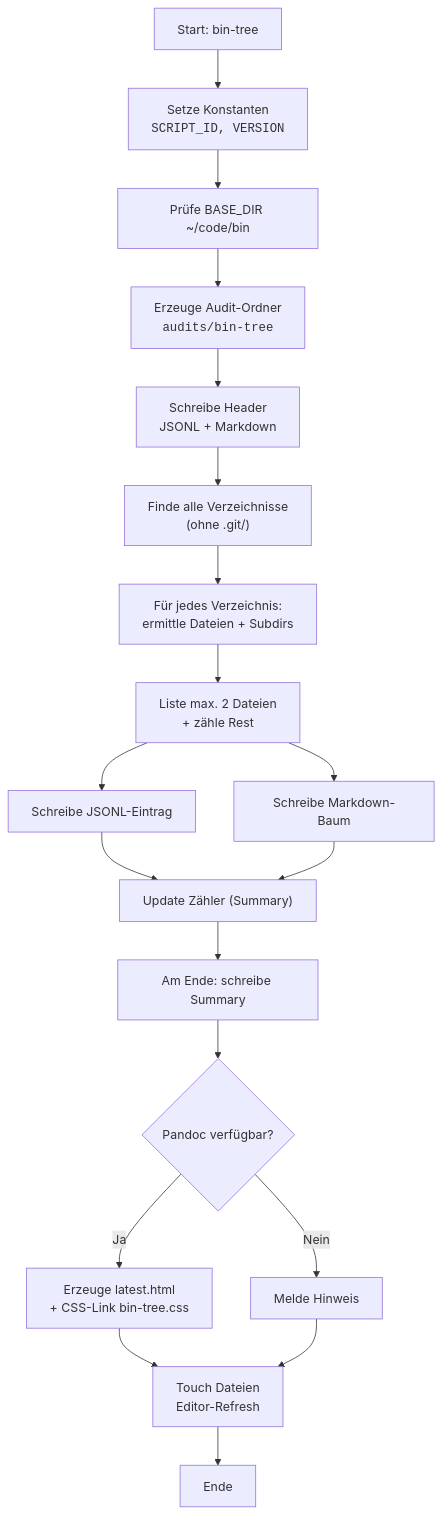
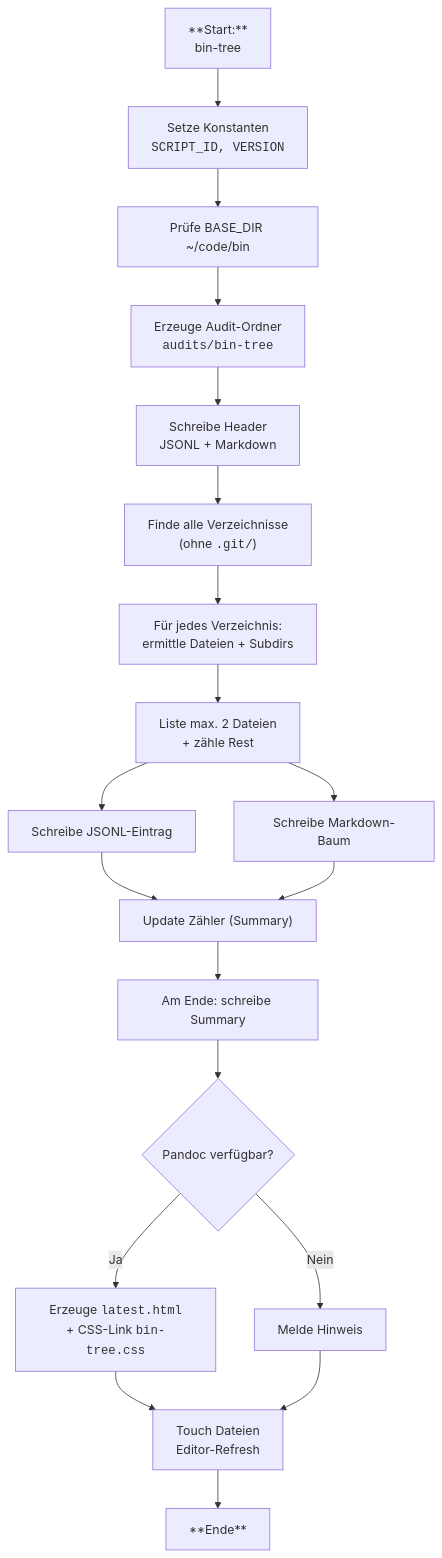
One commit to gunreip/bin changed the diagram in shellscripts/wiki/bin-tree.md. Above: the diagram before and after it, drawn with Mermaid. The commit also changed other lines of this file and 194 other files, not shown here.

````diff
--- a/shellscripts/wiki/bin-tree.md
+++ b/shellscripts/wiki/bin-tree.md
@@ -139,21 +135,21 @@
 ```mermaid
 flowchart TD
-  A["Start: bin-tree"] --> B["Setze Konstanten<br/><tt>SCRIPT_ID, VERSION</tt>"]
+  A["**Start:**<br/>bin-tree"] --> B["Setze Konstanten<br/><tt>SCRIPT_ID, VERSION</tt>"]
   B --> C["Prüfe BASE_DIR ~/code/bin"]
   C --> D["Erzeuge Audit-Ordner<br/><tt>audits/bin-tree</tt>"]
   D --> E["Schreibe Header<br/>JSONL + Markdown"]
-  E --> F["Finde alle Verzeichnisse<br/>(ohne .git/)"]
+  E --> F["Finde alle Verzeichnisse<br/>(ohne <tt>.git/</tt>)"]
   F --> G["Für jedes Verzeichnis:<br/>ermittle Dateien + Subdirs"]
   G --> H["Liste max. 2 Dateien<br/>+ zähle Rest"]
   H --> I["Schreibe JSONL-Eintrag"]
   H --> J["Schreibe Markdown-Baum"]
   I --> K["Update Zähler (Summary)"]
   J --> K
   K --> L["Am Ende: schreibe Summary"]
   L --> M{"Pandoc verfügbar?"}
-  M -- Ja --> N["Erzeuge latest.html<br/>+ CSS-Link bin-tree.css"]
+  M -- Ja --> N["Erzeuge <tt>latest.html</tt><br/>+ CSS-Link <tt>bin-tree.css</tt>"]
   M -- Nein --> O["Melde Hinweis"]
   N --> P["Touch Dateien<br/>Editor-Refresh"]
   O --> P
-  P --> Q["Ende"]
+  P --> Q["**Ende**"]
 ```
````
